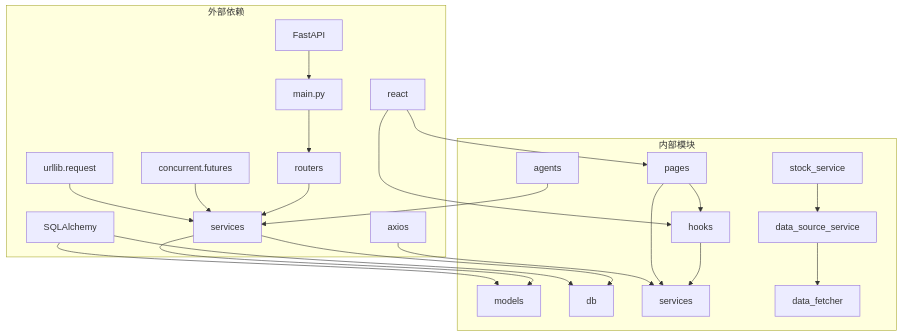
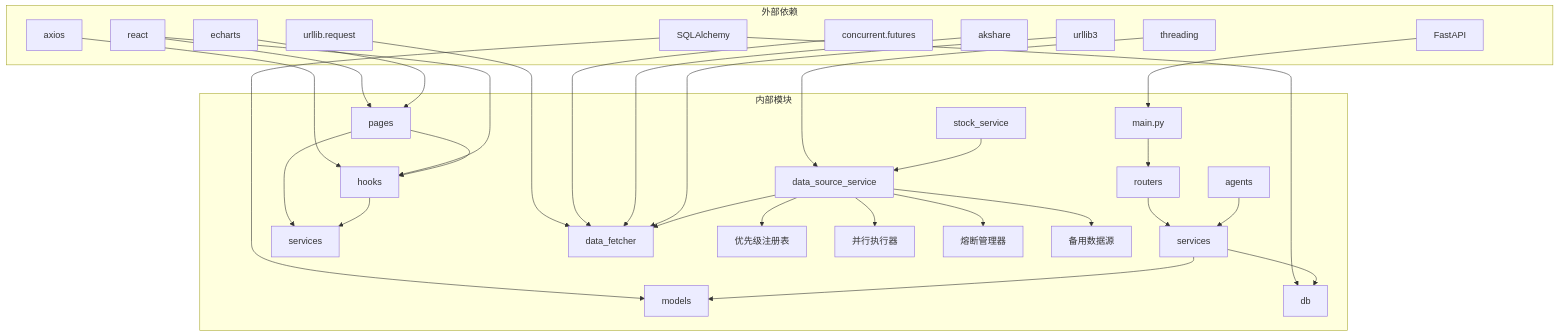
One commit to Moruime/stock_foker changed diagram 15 of 16 in .qoder/repowiki/zh/content/数据源服务增强.md. Above: the diagram before and after it, drawn with Mermaid. The commit also changed other lines of this file and 5 other files, not shown here.

First line of the commit message:
feat(data-source): 实现优先级数据源注册表及多项增强机制

````diff
--- a/.qoder/repowiki/zh/content/数据源服务增强.md
+++ b/.qoder/repowiki/zh/content/数据源服务增强.md
@@ -829,46 +839,59 @@
 ```mermaid
 graph TB
 subgraph "外部依赖"
 A[FastAPI]
 B[SQLAlchemy]
 C[urllib.request]
 D[concurrent.futures]
 E[axios]
 F[react]
 G[echarts]
 H[akshare]
 I[urllib3]
+J[threading]
 end
 subgraph "内部模块"
-G[main.py]
-H[routers]
-I[services]
-J[models]
-K[db]
-L[pages]
-M[hooks]
-N[services]
-O[agents]
-P[stock_service]
-Q[data_source_service]
-R[data_fetcher]
+K[main.py]
+L[routers]
+M[services]
+N[models]
+O[db]
+P[pages]
+Q[hooks]
+R[services]
+S[agents]
+T[stock_service]
+U[data_source_service]
+V[data_fetcher]
+W[优先级注册表]
+X[并行执行器]
+Y[熔断管理器]
+Z[备用数据源]
 end
-A --> G
-B --> J
-B --> K
-C --> I
-D --> I
-E --> N
-F --> L
-F --> M
-G --> H
-H --> I
-I --> J
-I --> K
-O --> I
+A --> K
+B --> N
+B --> O
+C --> V
+D --> V
+E --> Q
+F --> P
+F --> Q
+G --> P
+H --> V
+I --> V
+J --> U
+K --> L
+L --> M
+M --> N
+M --> O
+S --> M
+T --> U
+U --> V
+U --> W
+U --> X
+U --> Y
+U --> Z
 P --> Q
+P --> R
 Q --> R
-L --> M
-L --> N
-M --> N
 ```
````
